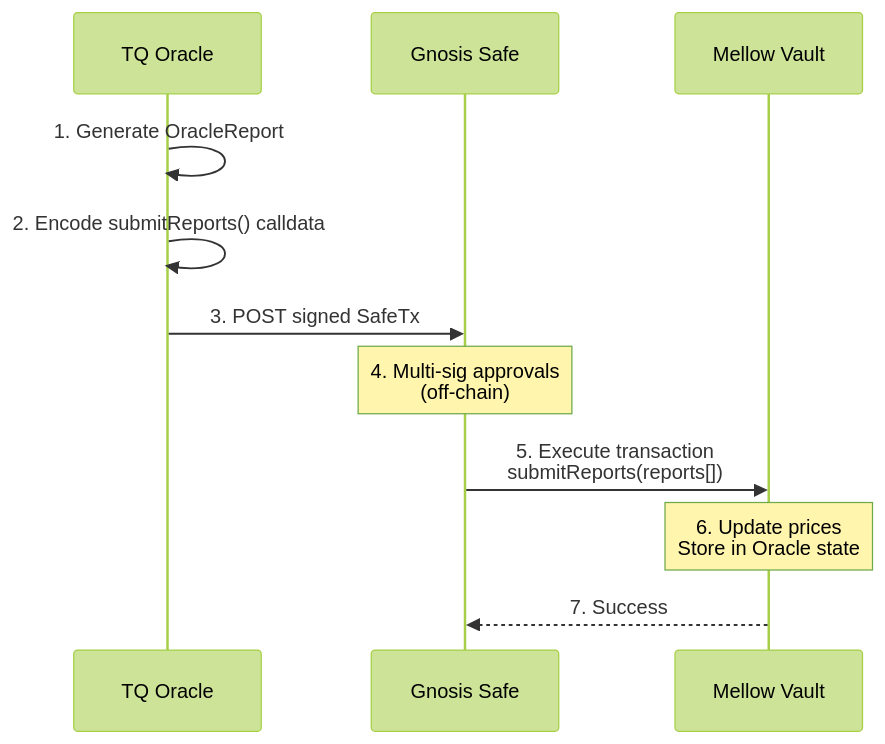
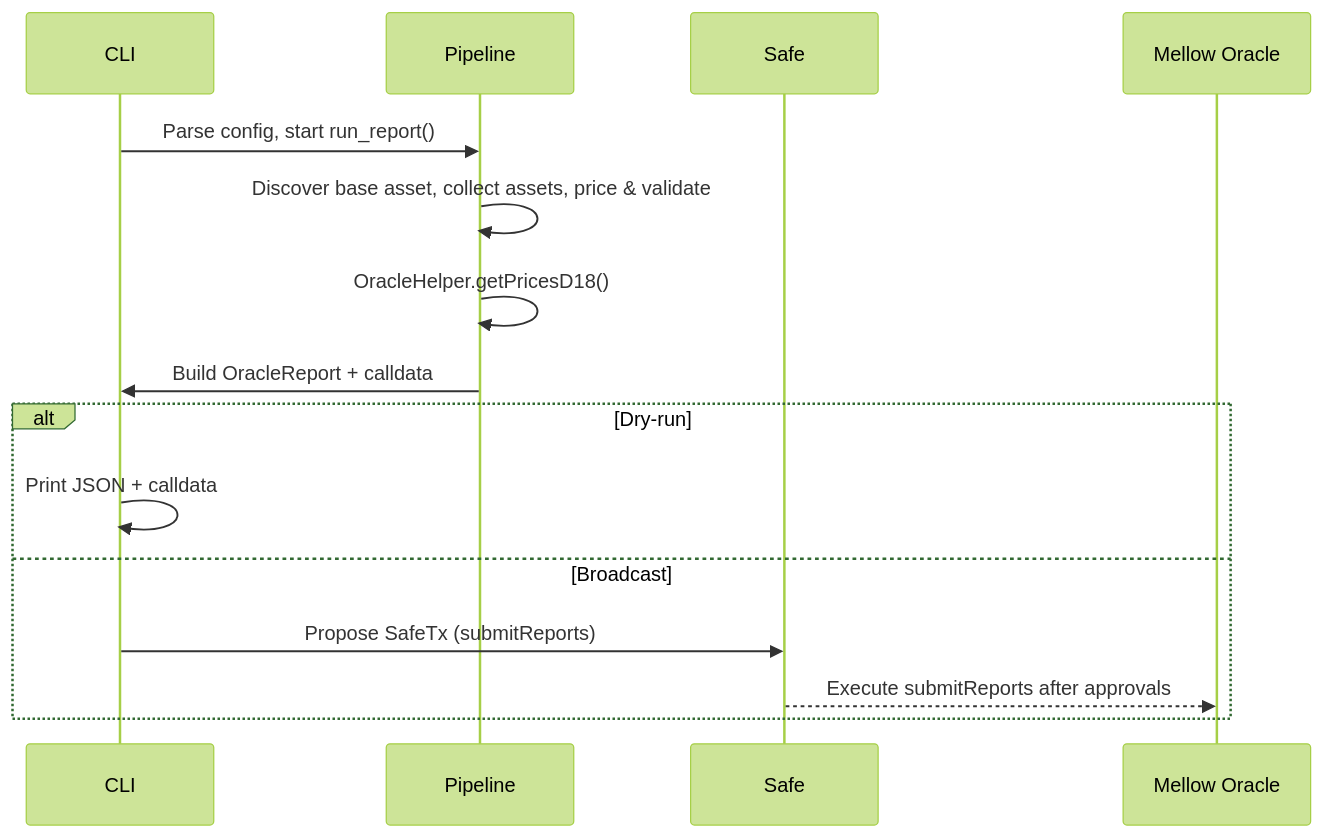
Before and after one commit to Moonsong-Labs/tq-oracle: the second of 2 diagrams in ARCHITECTURE.md, drawn with Mermaid (forest theme). The commit also changed other lines of this file and 1 other file, not shown here.

````diff
--- a/ARCHITECTURE.md
+++ b/ARCHITECTURE.md
@@ -155,14 +82,18 @@
 ```mermaid
 sequenceDiagram
-    participant Oracle as TQ Oracle
-    participant Safe as Gnosis Safe
-    participant Vault as Mellow Vault
+    participant CLI
+    participant Pipeline
+    participant Safe
+    participant Oracle as Mellow Oracle
 
-    Oracle->>Oracle: 1. Generate OracleReport
-    Oracle->>Oracle: 2. Encode submitReports() calldata
-    Oracle->>Safe: 3. POST signed SafeTx
-    Note over Safe: 4. Multi-sig approvals<br/>(off-chain)
-    Safe->>Vault: 5. Execute transaction<br/>submitReports(reports[])
-    Note over Vault: 6. Update prices<br/>Store in Oracle state
-    Vault-->>Safe: 7. Success
+    CLI->>Pipeline: Parse config, start run_report()
+    Pipeline->>Pipeline: Discover base asset, collect assets, price & validate
+    Pipeline->>Pipeline: OracleHelper.getPricesD18()
+    Pipeline->>CLI: Build OracleReport + calldata
+    alt Dry-run
+        CLI->>CLI: Print JSON + calldata
+    else Broadcast
+        CLI->>Safe: Propose SafeTx (submitReports)
+        Safe-->>Oracle: Execute submitReports after approvals
+    end
 ```
````
